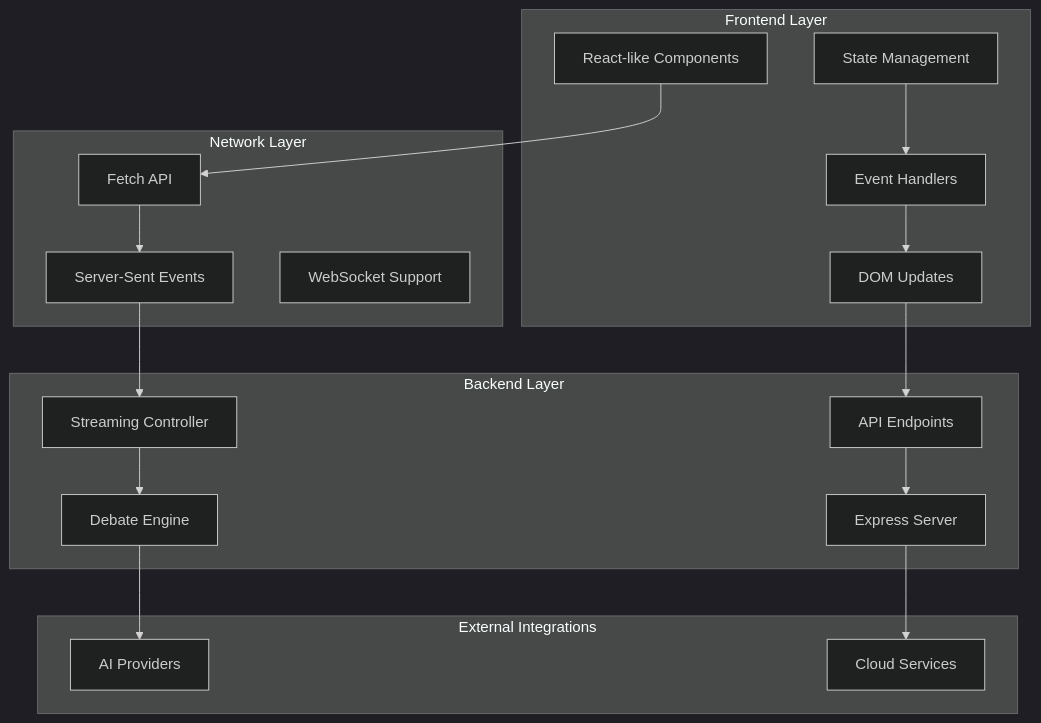
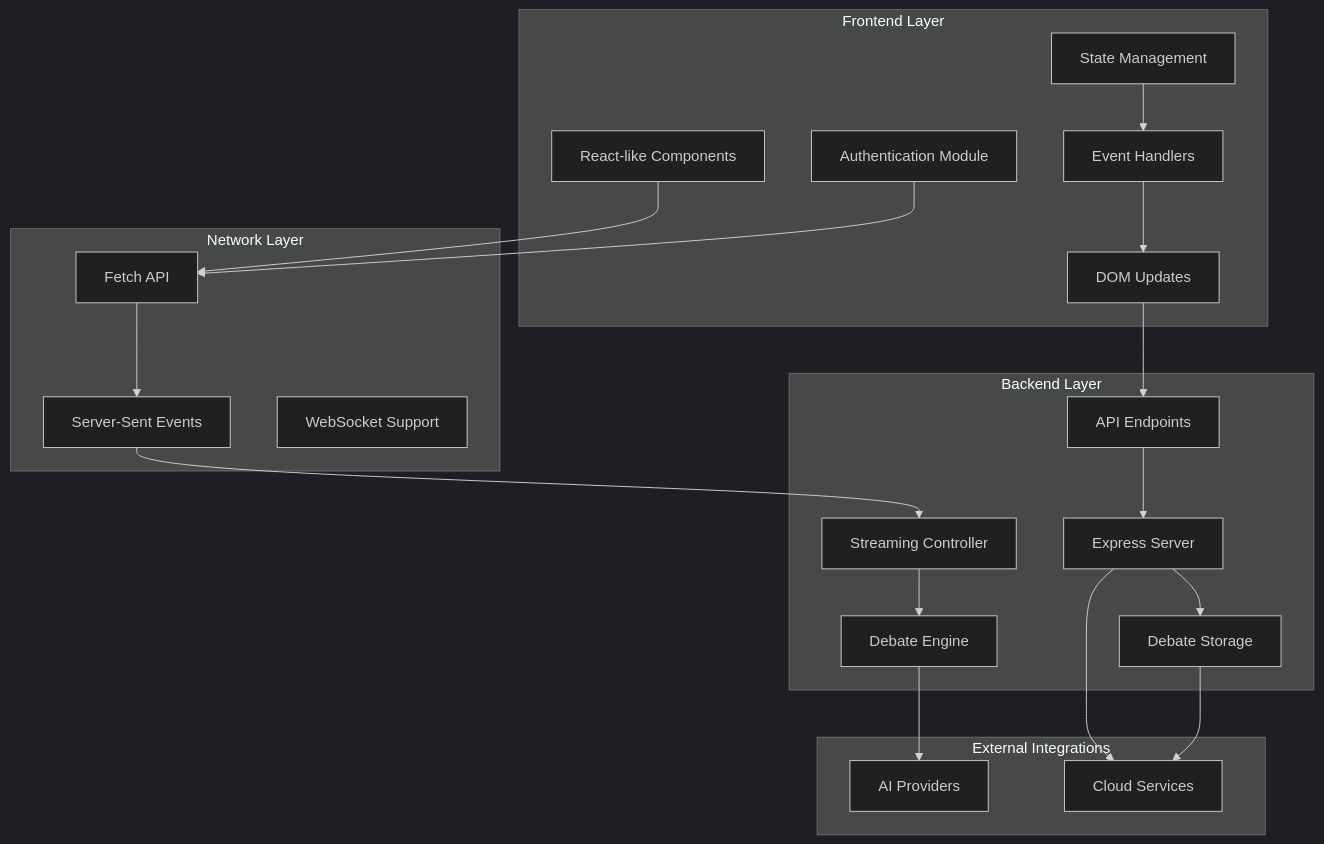
Before and after one commit to RunTimeAdmin/tri-ai: the third of 7 diagrams in .qoder/repowiki/en/content/Frontend Application/Frontend Application.md, drawn with Mermaid (dark theme). The commit also changed other lines of this file and 139 other files, not shown here.

````diff
--- a/.qoder/repowiki/en/content/Frontend Application/Frontend Application.md
+++ b/.qoder/repowiki/en/content/Frontend Application/Frontend Application.md
@@ -162,34 +169,39 @@
 ```mermaid
 graph TB
 subgraph "Frontend Layer"
 A[React-like Components]
 B[State Management]
 C[Event Handlers]
 D[DOM Updates]
+E[Authentication Module]
 end
 subgraph "Network Layer"
-E[Fetch API]
-F[Server-Sent Events]
-G[WebSocket Support]
+F[Fetch API]
+G[Server-Sent Events]
+H[WebSocket Support]
 end
 subgraph "Backend Layer"
-H[Express Server]
-I[Debate Engine]
-J[Streaming Controller]
-K[API Endpoints]
+I[Express Server]
+J[Debate Engine]
+K[Streaming Controller]
+L[API Endpoints]
+M[Debate Storage]
 end
 subgraph "External Integrations"
-L[AI Providers]
-N[Cloud Services]
+N[AI Providers]
+O[Cloud Services]
 end
-A --> E
+A --> F
 B --> C
 C --> D
 E --> F
-F --> J
-J --> I
-I --> L
-D --> K
-K --> H
-H --> N
+F --> G
+G --> K
+K --> J
+J --> N
+D --> L
+L --> I
+I --> O
+I --> M
+M --> O
 ```
````
